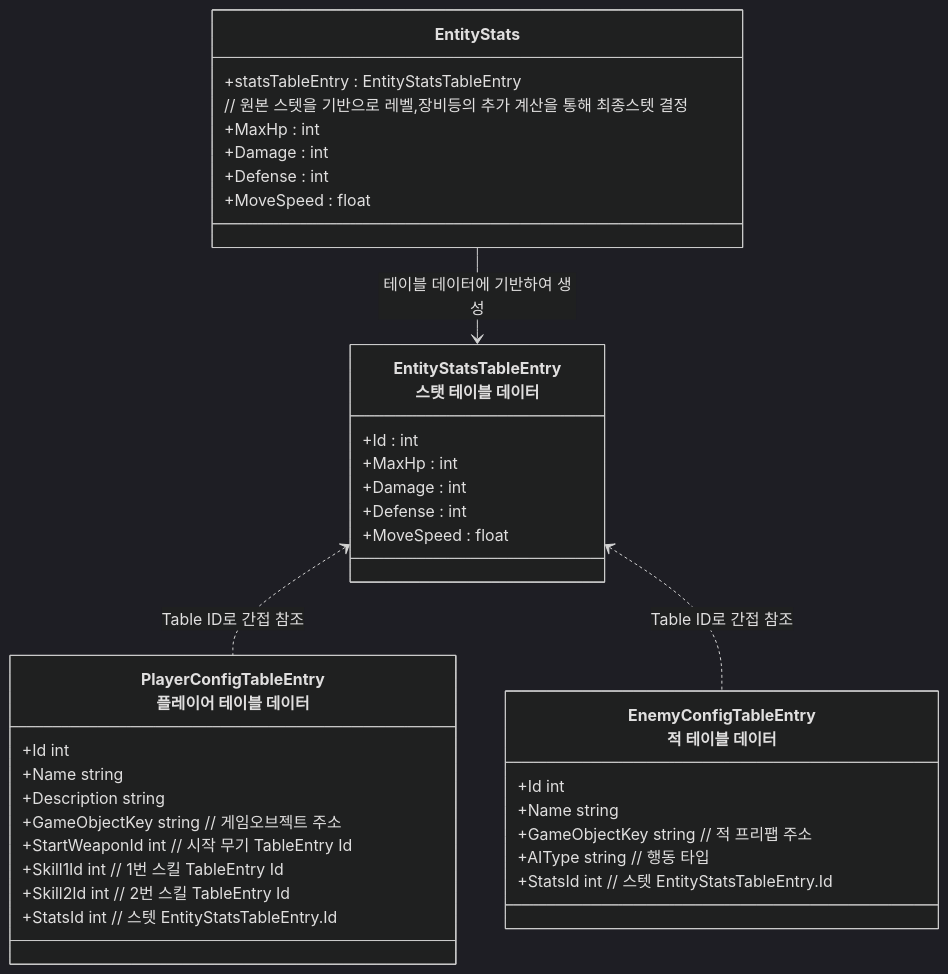
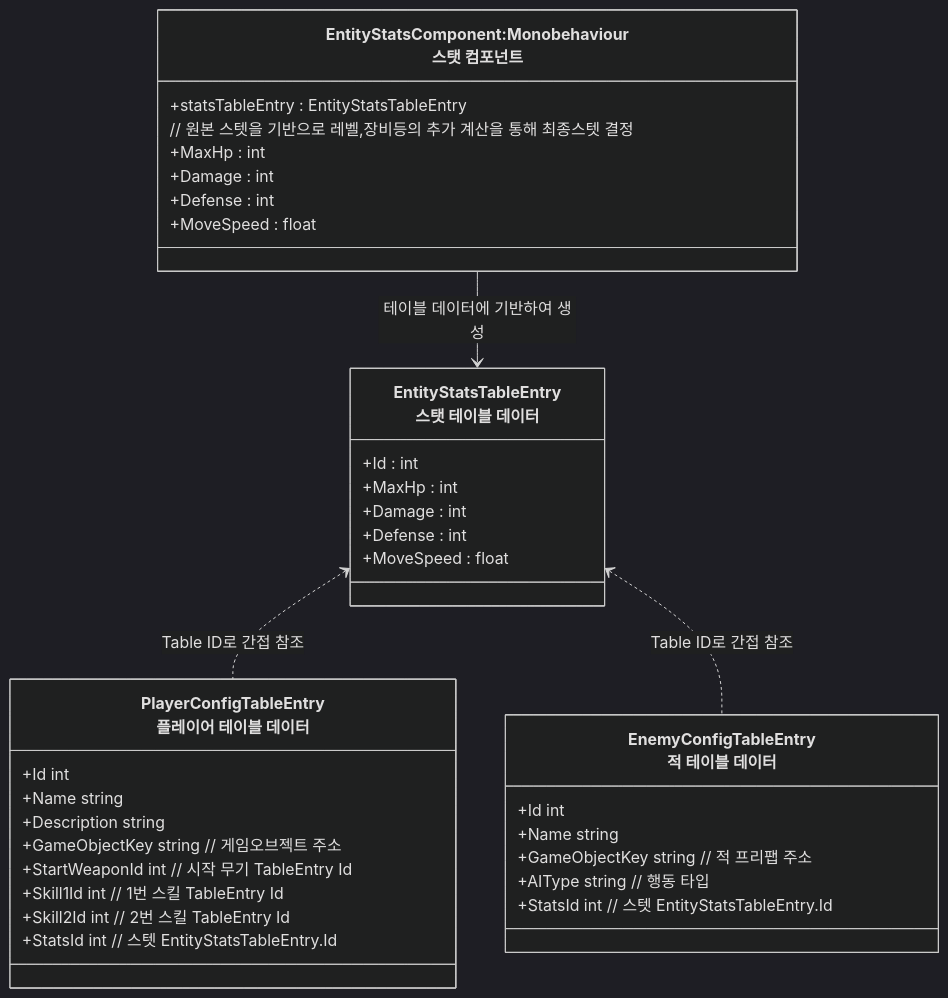
One commit to JIN5EOK/DungeonShooter changed the sixth of 6 diagrams in README/Entity_설계.md. Above: the diagram before and after it, drawn with Mermaid (dark theme). The commit also changed other lines of this file and 5 other files, not shown here.

````diff
--- a/README/Entity_설계.md
+++ b/README/Entity_설계.md
@@ -81,42 +80,42 @@
 ```mermaid
 classDiagram
     
-    class EntityStats{
+    class EntityStatsComponent["EntityStatsComponent:Monobehaviour<br>스탯 컴포넌트"]{
         +statsTableEntry : EntityStatsTableEntry
         // 원본 스텟을 기반으로 레벨,장비등의 추가 계산을 통해 최종스텟 결정
         +MaxHp : int
         +Damage : int
         +Defense : int
         +MoveSpeed : float
     }
     class EntityStatsTableEntry["EntityStatsTableEntry<br>스탯 테이블 데이터"]{
         +Id : int
         +MaxHp : int
         +Damage : int
         +Defense : int
         +MoveSpeed : float
     }
 
     class PlayerConfigTableEntry["PlayerConfigTableEntry<br>플레이어 테이블 데이터"]{
         +Id int
         +Name string
         +Description string
         +GameObjectKey string // 게임오브젝트 주소
         +StartWeaponId int // 시작 무기 TableEntry Id
         +Skill1Id int // 1번 스킬 TableEntry Id
         +Skill2Id int // 2번 스킬 TableEntry Id
         +StatsId int // 스텟 EntityStatsTableEntry.Id
     }
     
     class EnemyConfigTableEntry["EnemyConfigTableEntry<br>적 테이블 데이터"]{
         +Id int
         +Name string
         +GameObjectKey string // 적 프리팹 주소
         +AIType string // 행동 타입
         +StatsId int // 스텟 EntityStatsTableEntry.Id
     }
 
-    EntityStats --> EntityStatsTableEntry  : 테이블 데이터에 기반하여 생성
+    EntityStatsComponent --> EntityStatsTableEntry  : 테이블 데이터에 기반하여 생성
     EntityStatsTableEntry <.. PlayerConfigTableEntry : Table ID로 간접 참조
     EntityStatsTableEntry <.. EnemyConfigTableEntry : Table ID로 간접 참조
 ```
````
